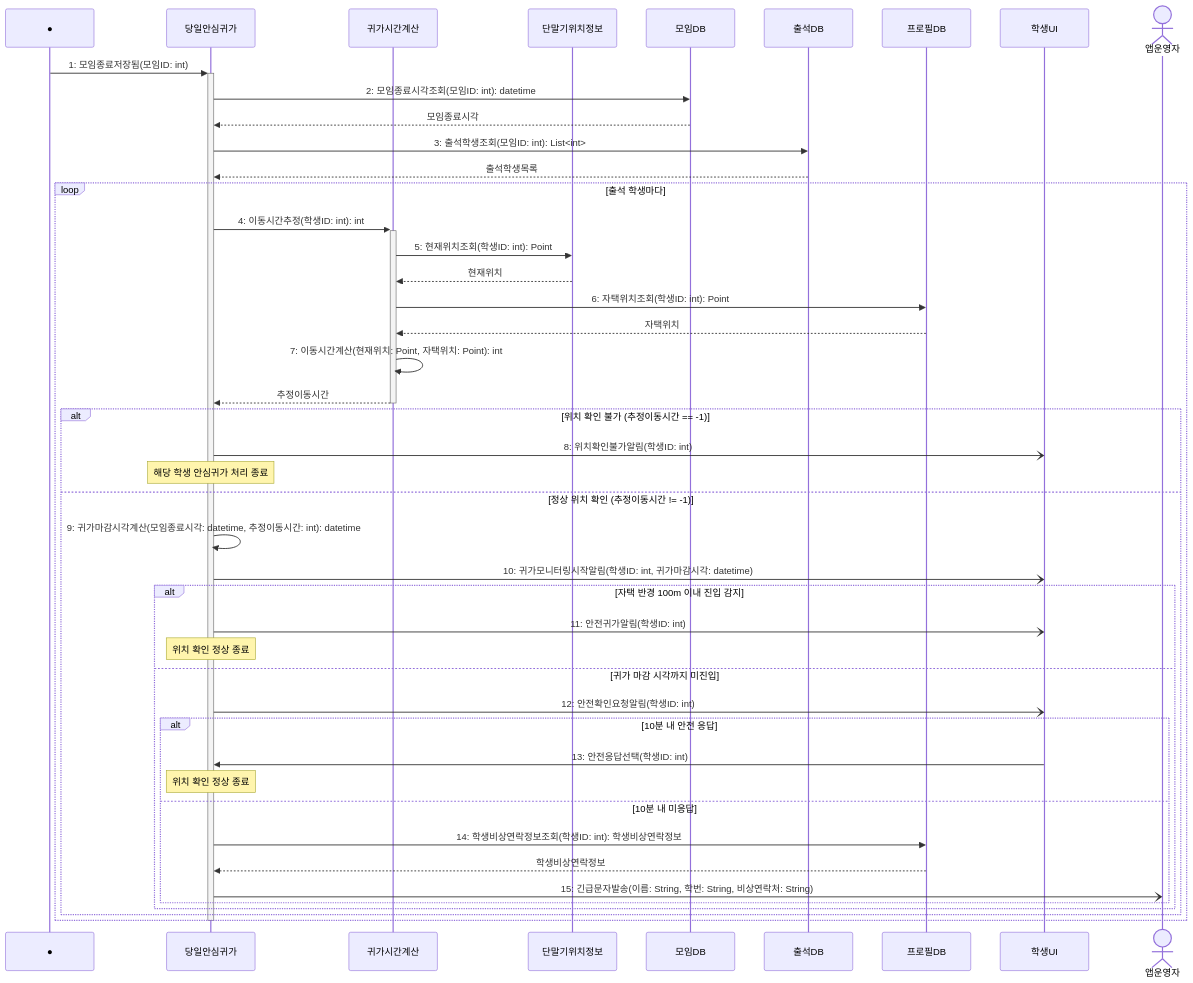
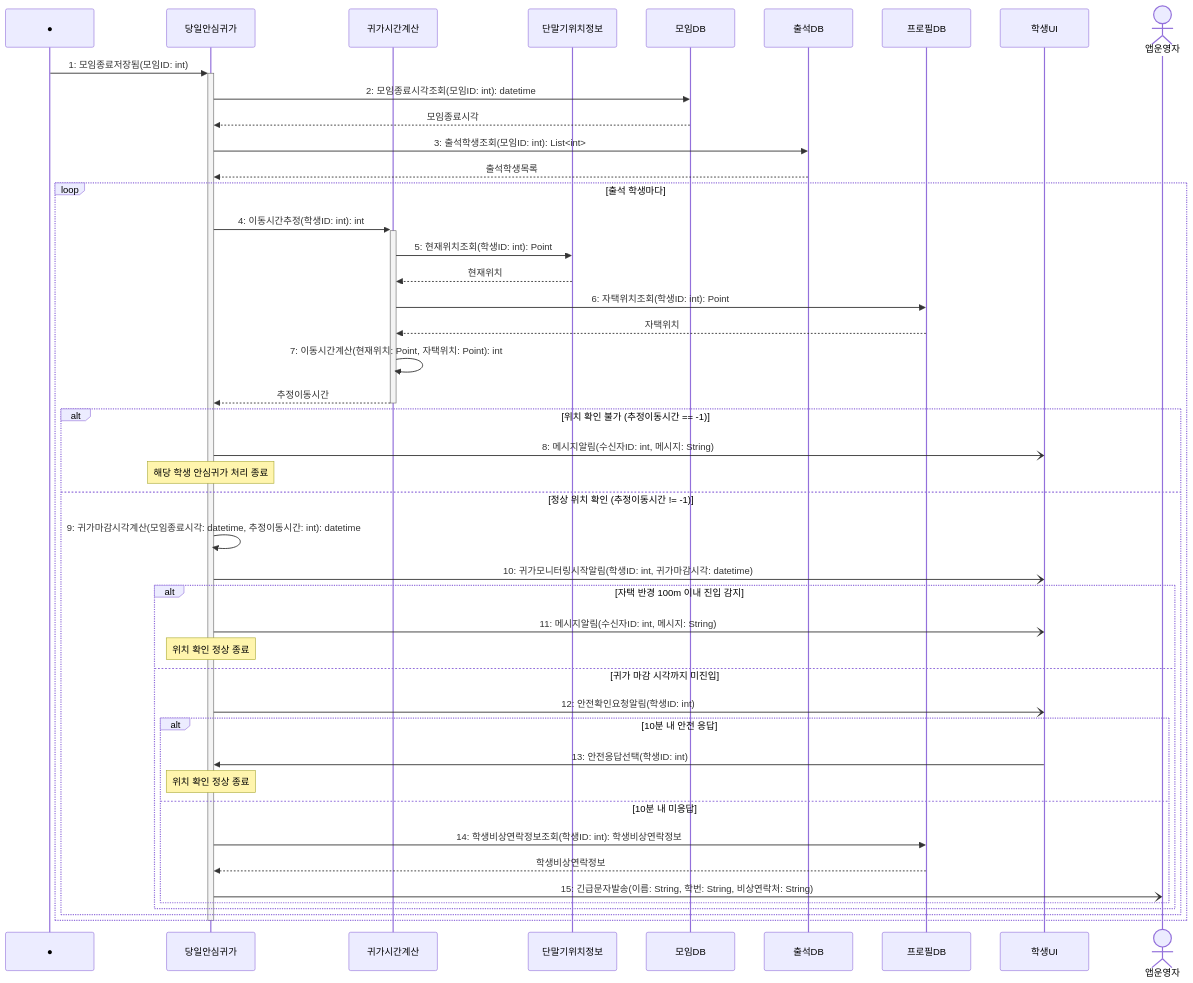
The diagram in sequence/seq-15.md (hojae3/sw-engineering-16), drawn with Mermaid before and after one commit. The commit also changed other lines of this file and 19 other files, not shown here.

````diff
--- a/sequence/seq-15.md
+++ b/sequence/seq-15.md
@@ -27,52 +27,52 @@
 ```mermaid
 sequenceDiagram
     participant Found as ●
     participant 안심 as 당일안심귀가
     participant 계산 as 귀가시간계산
     participant 위치 as 단말기위치정보
     participant 모임DB as 모임DB
     participant 출석DB as 출석DB
     participant 프로필DB as 프로필DB
     participant 학생UI as 학생UI
     actor 앱운영자
 
     Found->>+안심: 1: 모임종료저장됨(모임ID: int)
     안심->>모임DB: 2: 모임종료시각조회(모임ID: int): datetime
     모임DB-->>안심: 모임종료시각
     안심->>출석DB: 3: 출석학생조회(모임ID: int): List<int>
     출석DB-->>안심: 출석학생목록
 
     loop 출석 학생마다
         안심->>+계산: 4: 이동시간추정(학생ID: int): int
         계산->>위치: 5: 현재위치조회(학생ID: int): Point
         위치-->>계산: 현재위치
         계산->>프로필DB: 6: 자택위치조회(학생ID: int): Point
         프로필DB-->>계산: 자택위치
         계산->>계산: 7: 이동시간계산(현재위치: Point, 자택위치: Point): int
         계산-->>-안심: 추정이동시간
 
         alt 위치 확인 불가 (추정이동시간 == -1)
-            안심-)학생UI: 8: 위치확인불가알림(학생ID: int)
+            안심-)학생UI: 8: 메시지알림(수신자ID: int, 메시지: String)
             Note over 안심: 해당 학생 안심귀가 처리 종료
         else 정상 위치 확인 (추정이동시간 != -1)
             안심->>안심: 9: 귀가마감시각계산(모임종료시각: datetime, 추정이동시간: int): datetime
             안심-)학생UI: 10: 귀가모니터링시작알림(학생ID: int, 귀가마감시각: datetime)
 
             alt 자택 반경 100m 이내 진입 감지
-                안심-)학생UI: 11: 안전귀가알림(학생ID: int)
+                안심-)학생UI: 11: 메시지알림(수신자ID: int, 메시지: String)
                 Note over 안심: 위치 확인 정상 종료
             else 귀가 마감 시각까지 미진입
                 안심-)학생UI: 12: 안전확인요청알림(학생ID: int)
                 alt 10분 내 안전 응답
                     학생UI->>안심: 13: 안전응답선택(학생ID: int)
                     Note over 안심: 위치 확인 정상 종료
                 else 10분 내 미응답
                     안심->>프로필DB: 14: 학생비상연락정보조회(학생ID: int): 학생비상연락정보
                     프로필DB-->>안심: 학생비상연락정보
                     안심-)앱운영자: 15: 긴급문자발송(이름: String, 학번: String, 비상연락처: String)
                 end
             end
         end
     end
     deactivate 안심
 ```
````
